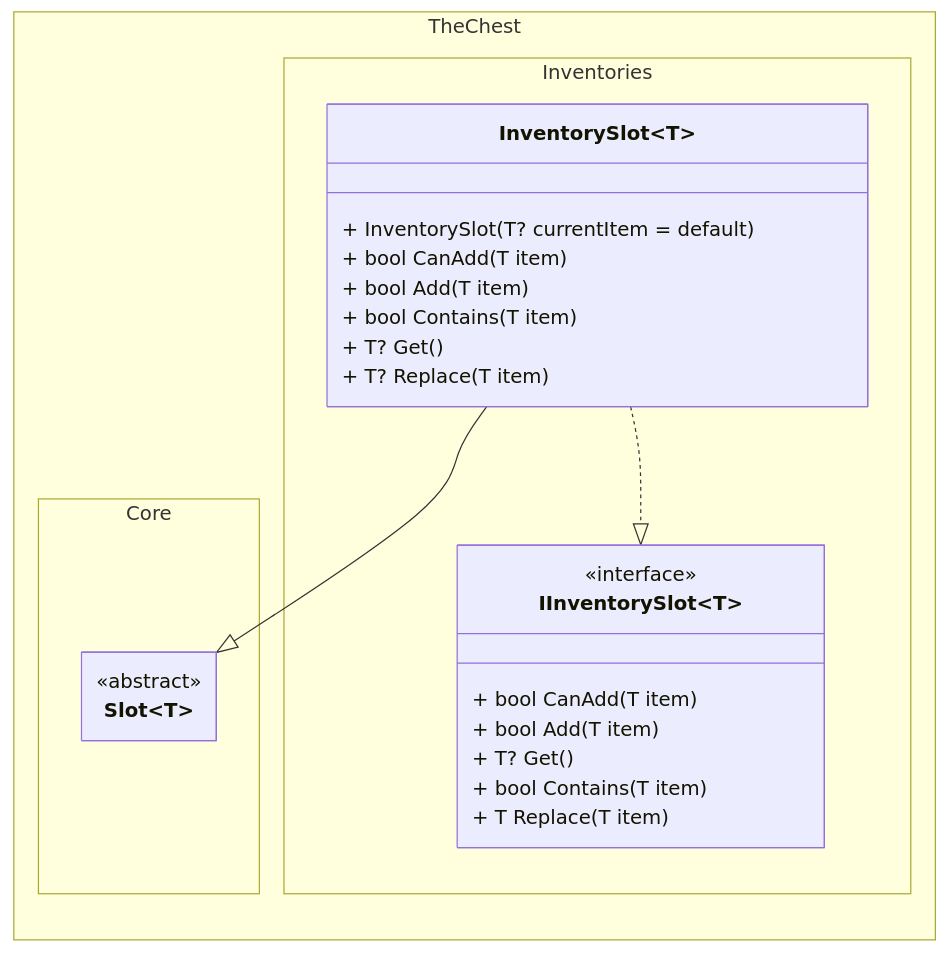
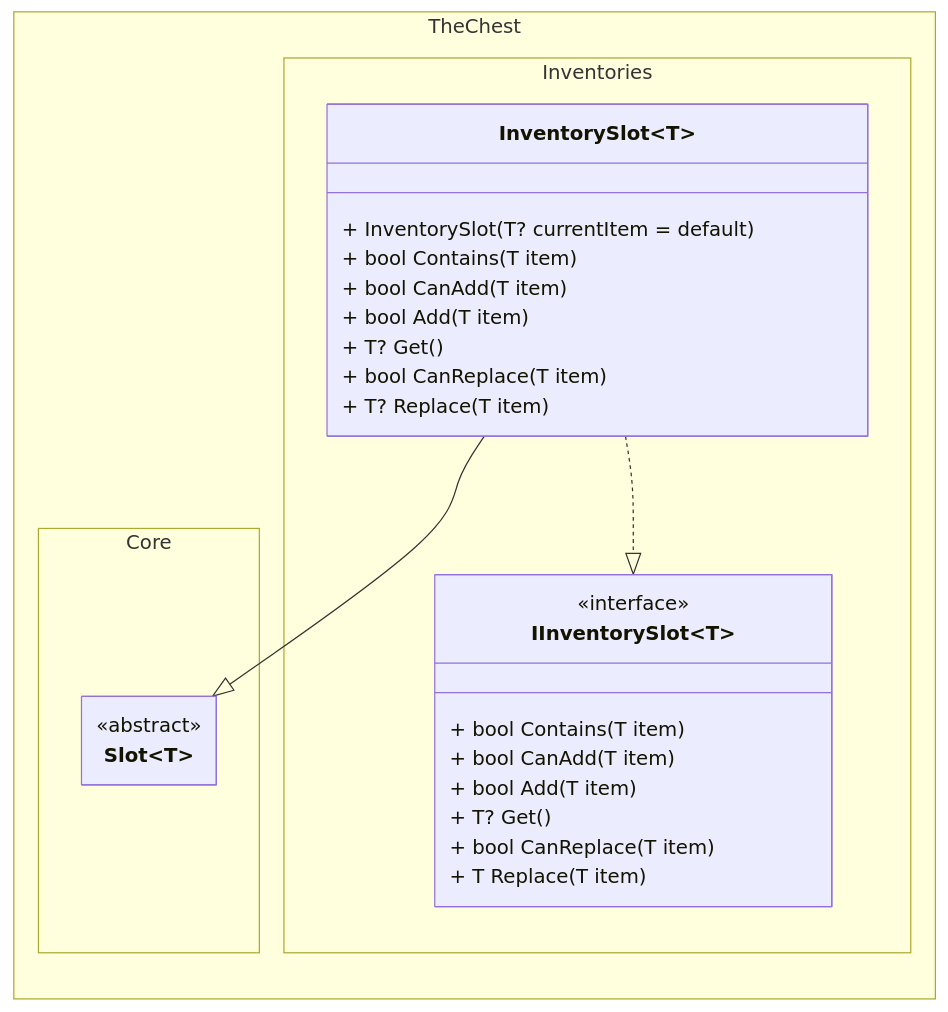
One commit to The-Chest/TheChest.Inventories changed the second of 2 diagrams in docs/inventory/class_diagram.md. Above: the diagram before and after it, drawn with Mermaid. The commit also changed other lines of this file and 7 other files, not shown here.

First line of the commit message:
Adds Inventory<T>.CanReplace

````diff
--- a/docs/inventory/class_diagram.md
+++ b/docs/inventory/class_diagram.md
@@ -104,40 +112,49 @@
 ```mermaid
 ---
 config:
   theme: mc
   look: classic
   class:
     hideEmptyMembersBox: true
 ---
 classDiagram
 direction BT
 
 namespace TheChest.Core {
     class Slot~T~ {
     }
 }
 <<abstract>> Slot
 
 namespace TheChest.Inventories {
     class IInventorySlot~T~ {
+        + bool Contains(T item)
+
         + bool CanAdd(T item)
         + bool Add(T item)
+
         + T? Get()
-        + bool Contains(T item)
+
+        + bool CanReplace(T item)
         + T Replace(T item)
     }
     class InventorySlot~T~ {
         + InventorySlot(T? currentItem = default)
+
+        + bool Contains(T item)
+
         + bool CanAdd(T item)
         + bool Add(T item)
-        + bool Contains(T item)
+
         + T? Get()
+
+        + bool CanReplace(T item)
         + T? Replace(T item)
     }
 }
 
 <<interface>> IInventorySlot
 
 InventorySlot~T~ --|> Slot~T~ 
 InventorySlot~T~ ..|> IInventorySlot~T~
 ```
````
